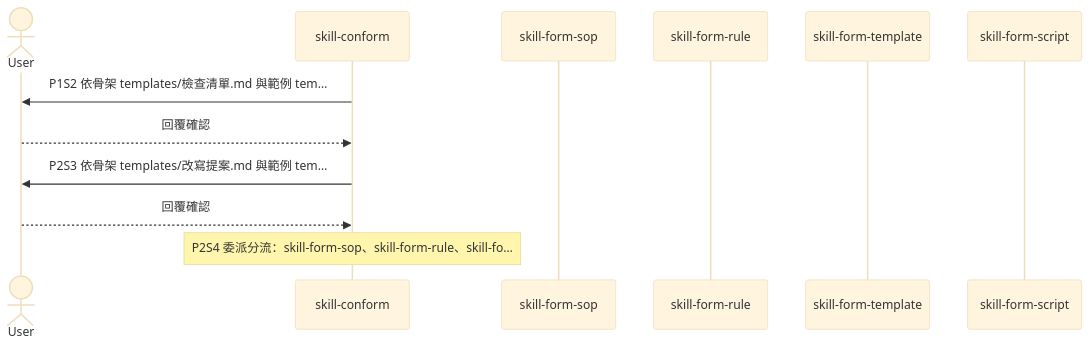
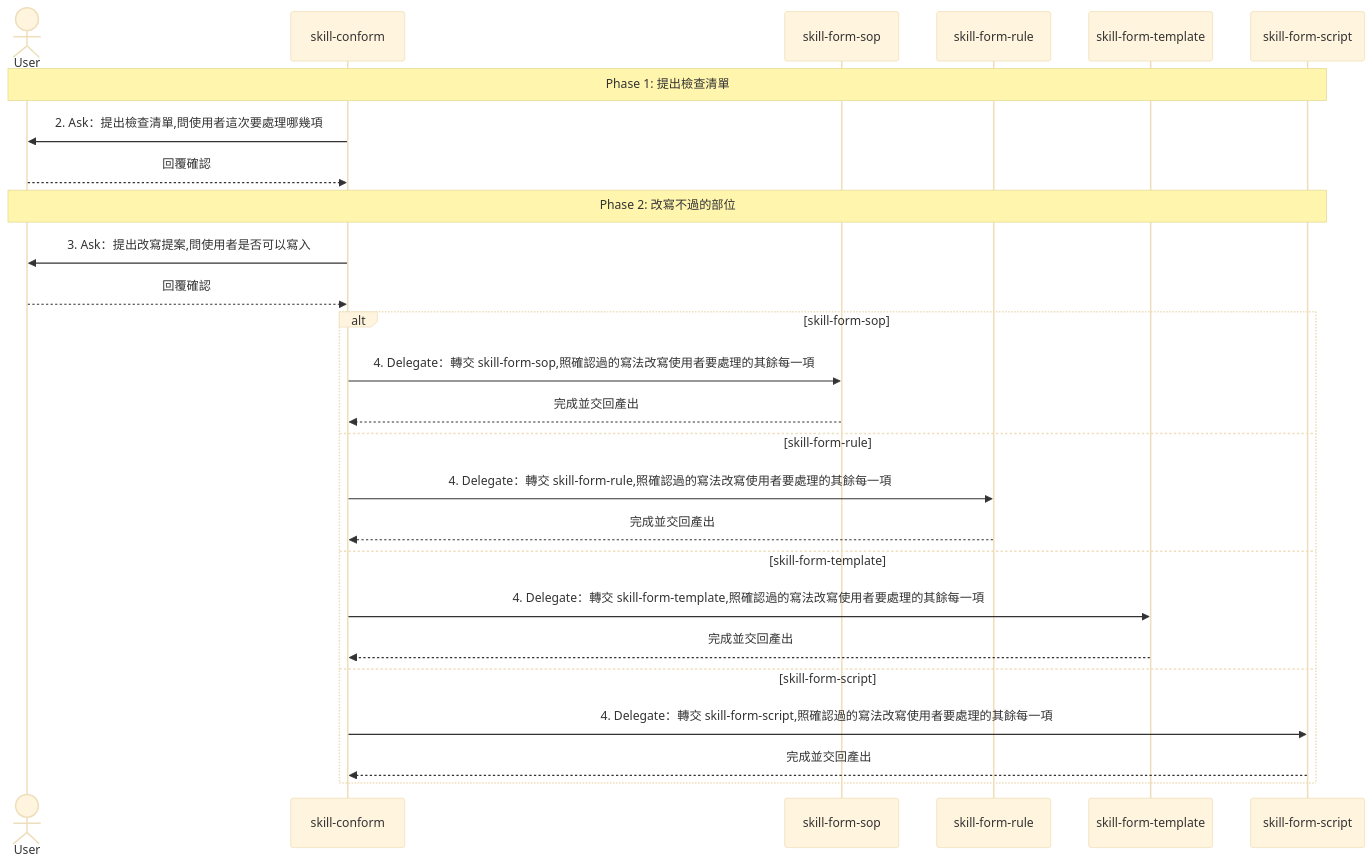
One commit to AI-x-BDD/BDGG-Dev-Skills changed the second of 2 diagrams in .agents/skills/skill-conform/SKILL.md. Above: the diagram before and after it, drawn with Mermaid (base theme). The commit also changed other lines of this file and 43 other files, not shown here.

First line of the commit message:
feat!: skill-form-sop 的流程視覺圖改放檔尾並以粗體標出的核心動作當標籤

````diff
--- a/.agents/skills/skill-conform/SKILL.md
+++ b/.agents/skills/skill-conform/SKILL.md
@@ -53,14 +67,28 @@
 ```mermaid
 sequenceDiagram
     actor User
     participant Main as skill-conform
     participant Sub_1 as skill-form-sop
     participant Sub_2 as skill-form-rule
     participant Sub_3 as skill-form-template
     participant Sub_4 as skill-form-script
-    Main->>User: P1S2 依骨架 templates/檢查清單.md 與範例 tem…
+    Note over User,Sub_4: Phase 1: 提出檢查清單
+    Main->>User: 2. Ask：提出檢查清單,問使用者這次要處理哪幾項
     User-->>Main: 回覆確認
-    Main->>User: P2S3 依骨架 templates/改寫提案.md 與範例 tem…
+    Note over User,Sub_4: Phase 2: 改寫不過的部位
+    Main->>User: 3. Ask：提出改寫提案,問使用者是否可以寫入
     User-->>Main: 回覆確認
-    Note over Main: P2S4 委派分流：skill-form-sop、skill-form-rule、skill-fo…
+    alt skill-form-sop
+        Main->>Sub_1: 4. Delegate：轉交 skill-form-sop,照確認過的寫法改寫使用者要處理的其餘每一項
+        Sub_1-->>Main: 完成並交回產出
+    else skill-form-rule
+        Main->>Sub_2: 4. Delegate：轉交 skill-form-rule,照確認過的寫法改寫使用者要處理的其餘每一項
+        Sub_2-->>Main: 完成並交回產出
+    else skill-form-template
+        Main->>Sub_3: 4. Delegate：轉交 skill-form-template,照確認過的寫法改寫使用者要處理的其餘每一項
+        Sub_3-->>Main: 完成並交回產出
+    else skill-form-script
+        Main->>Sub_4: 4. Delegate：轉交 skill-form-script,照確認過的寫法改寫使用者要處理的其餘每一項
+        Sub_4-->>Main: 完成並交回產出
+    end
 ```
````
